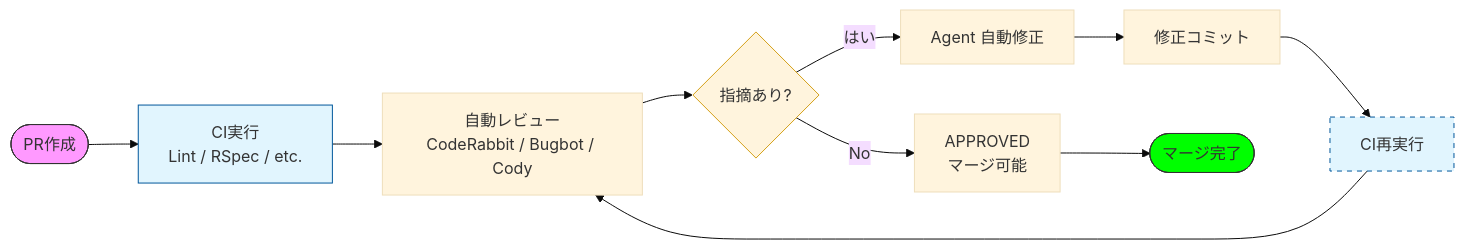
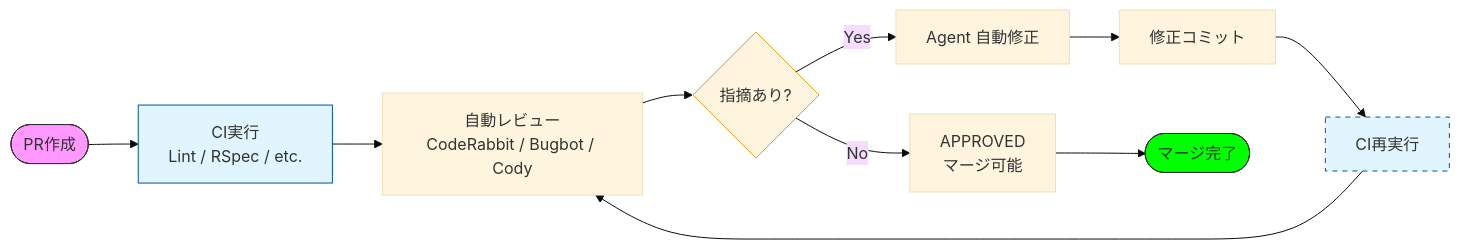
The diagram in docs/ai_review_and_fix.md (hayashi-antas/github-issues-sample), drawn with Mermaid (base theme) before and after one commit. The commit also changed other lines of this file, not shown here.

````diff
--- a/docs/ai_review_and_fix.md
+++ b/docs/ai_review_and_fix.md
@@ -4,26 +4,27 @@
 ```mermaid
 graph LR
     PR([PR作成]) --> CI1[CI実行<br/>Lint / RSpec / etc.]
     
     CI1 --> AR[自動レビュー<br/>CodeRabbit / Bugbot / Cody]
     
     AR --> Review{指摘あり?}
 
-    Review -- はい --> Agent[Agent 自動修正]
+    Review -- Yes --> Agent[Agent 自動修正]
     Agent --> Commit[修正コミット]
     Commit --> CI2[CI再実行]
     
     %% 再実行からレビューへ
     CI2 --> AR
 
     Review -- No --> Approved[APPROVED<br/>マージ可能]
     Approved --> Merged([マージ完了])
 
     %% スタイリングでメリハリを
     style PR fill:#f9f,stroke:#333
     style CI1 fill:#e1f5fe,stroke:#01579b
     style CI2 fill:#e1f5fe,stroke:#01579b,stroke-dasharray: 5 5
     style Review fill:#fff4dd,stroke:#d4a017
     style Merged fill:#00ff00,stroke:#333
 
+
 ```
````
